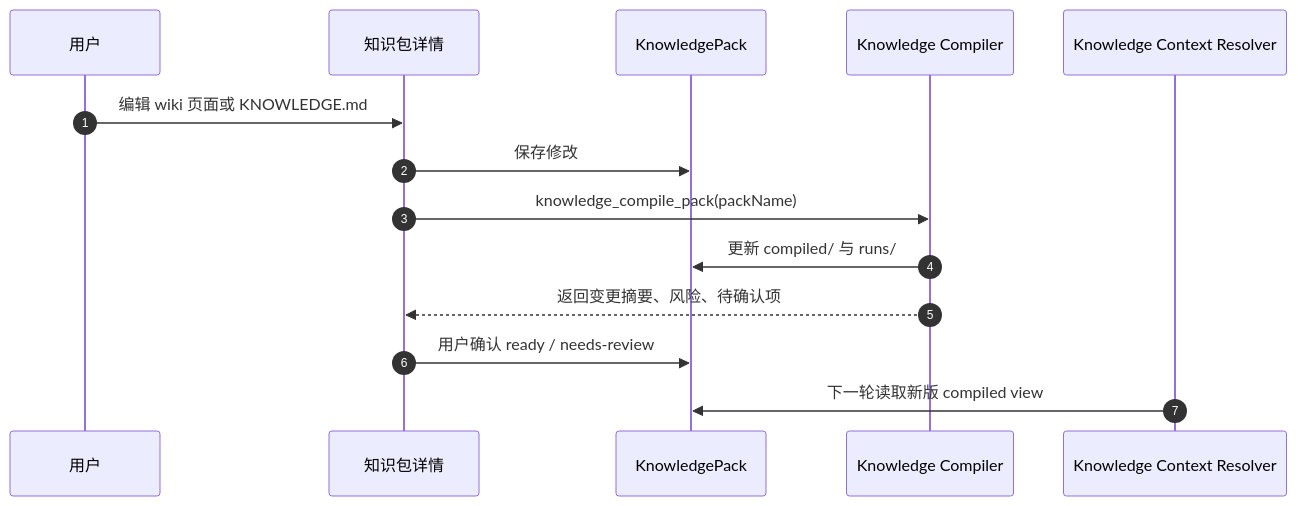
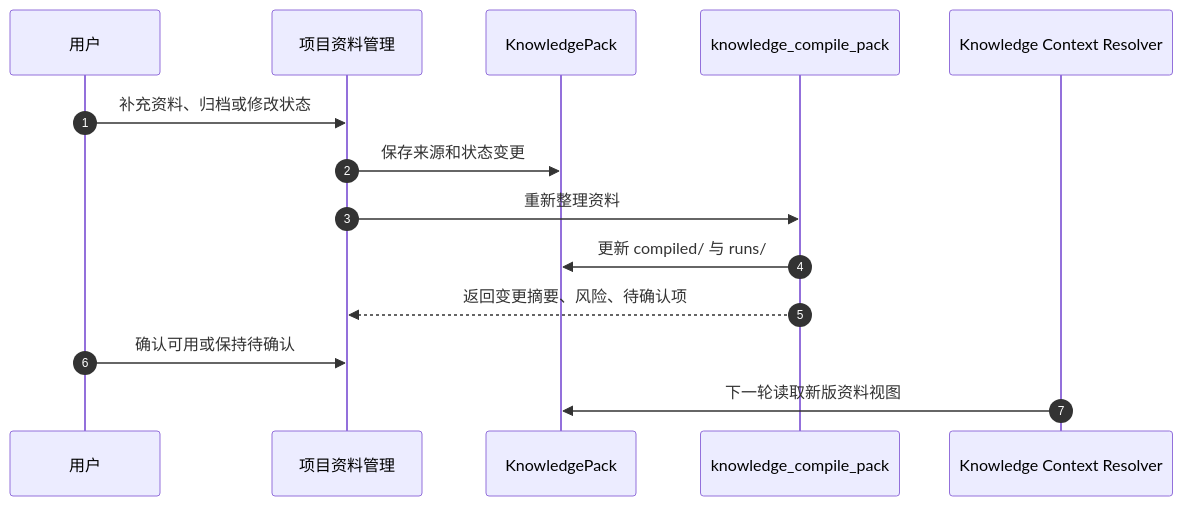
One commit to limecloud/lime changed the sixth of 9 diagrams in docs/roadmap/knowledge/prd.md. Above: the diagram before and after it, drawn with Mermaid. The commit also changed other lines of this file and 273 other files, not shown here.

````diff
--- a/docs/roadmap/knowledge/prd.md
+++ b/docs/roadmap/knowledge/prd.md
@@ -519,17 +598,17 @@
 ```mermaid
 sequenceDiagram
   autonumber
   participant U as 用户
-  participant UI as 知识包详情
+  participant Manage as 项目资料管理
   participant Pack as KnowledgePack
-  participant Compiler as Knowledge Compiler
+  participant Compiler as knowledge_compile_pack
   participant Resolver as Knowledge Context Resolver
 
-  U->>UI: 编辑 wiki 页面或 KNOWLEDGE.md
-  UI->>Pack: 保存修改
-  UI->>Compiler: knowledge_compile_pack(packName)
+  U->>Manage: 补充资料、归档或修改状态
+  Manage->>Pack: 保存来源和状态变更
+  Manage->>Compiler: 重新整理资料
   Compiler->>Pack: 更新 compiled/ 与 runs/
-  Compiler-->>UI: 返回变更摘要、风险、待确认项
-  UI->>Pack: 用户确认 ready / needs-review
-  Resolver->>Pack: 下一轮读取新版 compiled view
+  Compiler-->>Manage: 返回变更摘要、风险、待确认项
+  U->>Manage: 确认可用或保持待确认
+  Resolver->>Pack: 下一轮读取新版资料视图
 ```
````
